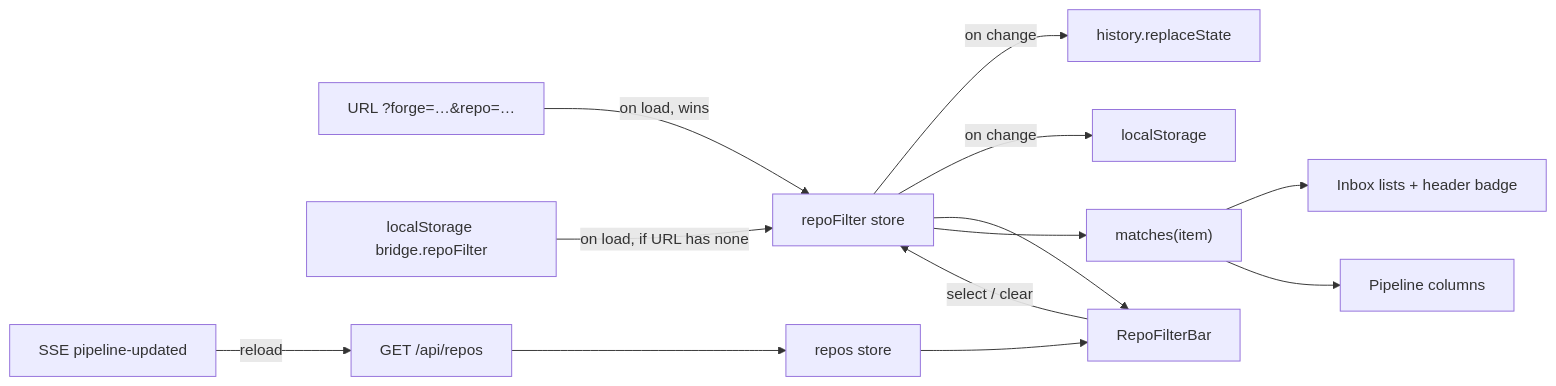
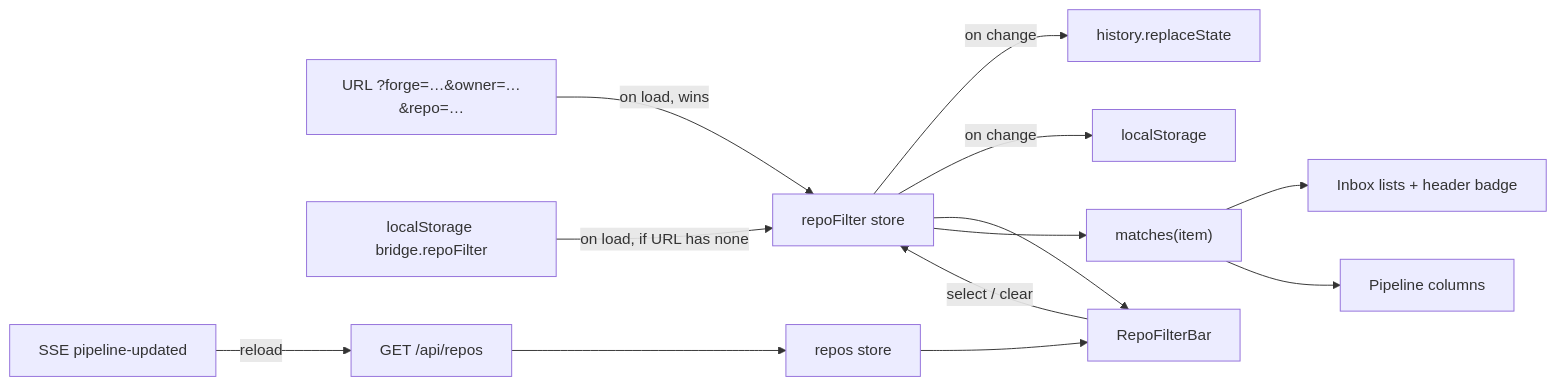
The first of 3 diagrams in docs/design/repo-filter/flow.md (freaxnx01/bridge), drawn with Mermaid before and after one commit. The commit also changed other lines of this file and 3 other files, not shown here.

First line of the commit message:
docs(web): add the owner level to the repo filter bar design (#393)

````diff
--- a/docs/design/repo-filter/flow.md
+++ b/docs/design/repo-filter/flow.md
@@ -7,15 +7,15 @@
 ```mermaid
 flowchart LR
-  URL["URL ?forge=…&repo=…"] -->|on load, wins| F[repoFilter store]
+  URL["URL ?forge=…&owner=…&repo=…"] -->|on load, wins| F[repoFilter store]
   LS["localStorage bridge.repoFilter"] -->|on load, if URL has none| F
   F -->|on change| URL2[history.replaceState]
   F -->|on change| LS2[localStorage]
   API["GET /api/repos"] --> R[repos store]
   SSE["SSE pipeline-updated"] -->|reload| API
   R --> BAR[RepoFilterBar]
   F --> BAR
   BAR -->|select / clear| F
   F --> M["matches(item)"]
   M --> INBOX[Inbox lists + header badge]
   M --> PIPE[Pipeline columns]
 ```
````
